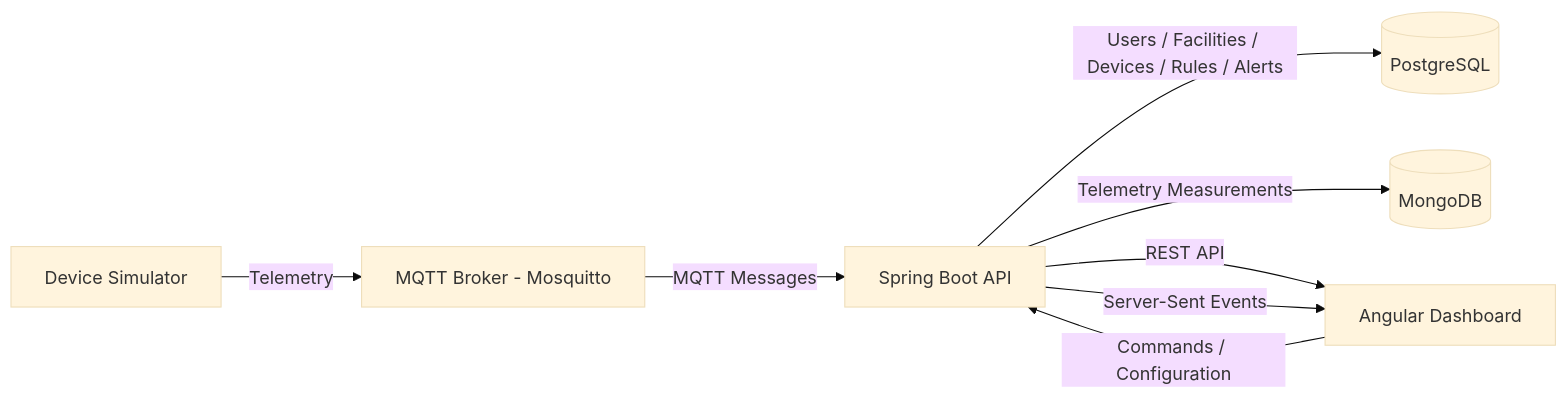
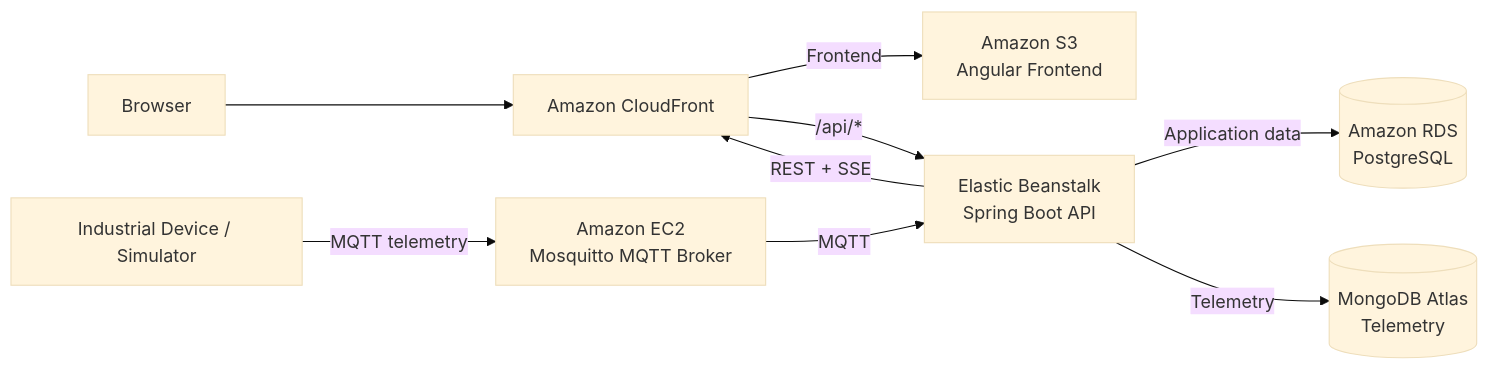
Before and after one commit to gepapant/enersense: the diagram in README.md, drawn with Mermaid (base theme). The commit also changed other lines of this file and 2 other files, not shown here.

````diff
--- a/README.md
+++ b/README.md
@@ -64,23 +79,25 @@
 ```mermaid
 flowchart LR
 
-    SIM[Device Simulator]
-    MQTT[MQTT Broker - Mosquitto]
-    API[Spring Boot API]
+    USER[Browser]
+    CF[Amazon CloudFront]
+    S3[Amazon S3<br/>Angular Frontend]
+    EB[Elastic Beanstalk<br/>Spring Boot API]
+    RDS[(Amazon RDS<br/>PostgreSQL)]
+    ATLAS[(MongoDB Atlas<br/>Telemetry)]
+    MQTT[Amazon EC2<br/>Mosquitto MQTT Broker]
+    DEVICE[Industrial Device / Simulator]
 
-    PG[(PostgreSQL)]
-    MONGO[(MongoDB)]
+    USER --> CF
 
-    UI[Angular Dashboard]
+    CF -->|Frontend| S3
+    CF -->|/api/*| EB
 
-    SIM -->|Telemetry| MQTT
-    MQTT -->|MQTT Messages| API
+    DEVICE -->|MQTT telemetry| MQTT
+    MQTT -->|MQTT| EB
 
-    API -->|Users / Facilities / Devices / Rules / Alerts| PG
-    API -->|Telemetry Measurements| MONGO
+    EB -->|Application data| RDS
+    EB -->|Telemetry| ATLAS
 
-    API -->|REST API| UI
-    API -->|Server-Sent Events| UI
-
-    UI -->|Commands / Configuration| API
+    EB -->|REST + SSE| CF
 ```
````
